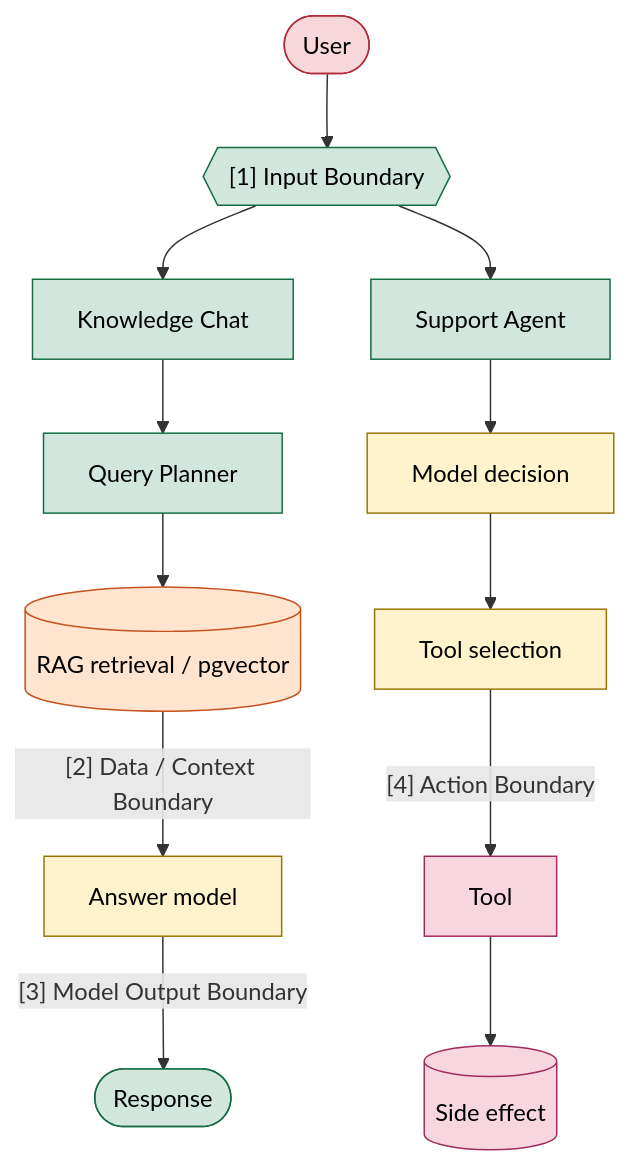
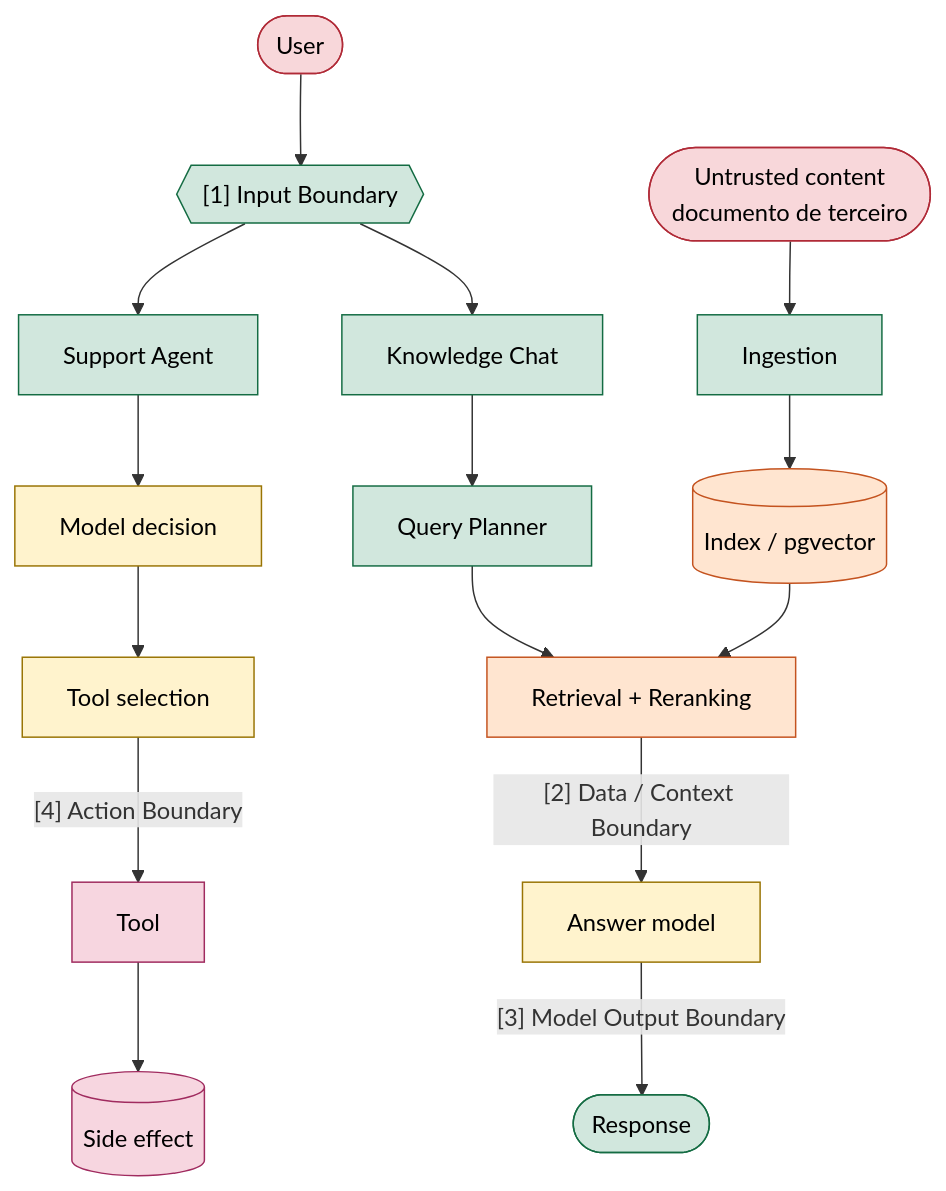
The first of 3 diagrams in docs/security-threat-model.md (james-freitas/mba-ia-rag-fullcycle), drawn with Mermaid before and after one commit. The commit also changed other lines of this file and 14 other files, not shown here.

````diff
--- a/docs/security-threat-model.md
+++ b/docs/security-threat-model.md
@@ -36,34 +38,39 @@
 ```mermaid
 flowchart TB
     User([User]):::untrusted
     Input{{"[1] Input Boundary"}}:::trusted
 
     KC[Knowledge Chat]:::trusted
     Planner[Query Planner]:::trusted
-    RAG[(RAG retrieval / pgvector)]:::retrieved
     LLM[Answer model]:::model
     Response([Response]):::trusted
 
     Agent[Support Agent]:::trusted
     Decision[Model decision]:::model
     Sel[Tool selection]:::model
     Tool[Tool]:::action
     Effect[(Side effect)]:::action
 
+    Source([Untrusted content<br/>documento de terceiro]):::untrusted
+    Ingest[Ingestion]:::trusted
+    Index[(Index / pgvector)]:::retrieved
+    Retrieval[Retrieval + Reranking]:::retrieved
+
     User --> Input
     Input --> KC
     Input --> Agent
 
-    KC --> Planner --> RAG
-    RAG -->|"[2] Data / Context Boundary"| LLM
+    KC --> Planner --> Retrieval
+    Source --> Ingest --> Index --> Retrieval
+    Retrieval -->|"[2] Data / Context Boundary"| LLM
     LLM -->|"[3] Model Output Boundary"| Response
 
     Agent --> Decision --> Sel
     Sel -->|"[4] Action Boundary"| Tool --> Effect
 
     classDef untrusted fill:#f8d7da,stroke:#b02a37,color:#000;
     classDef trusted fill:#d1e7dd,stroke:#146c43,color:#000;
     classDef retrieved fill:#ffe5d0,stroke:#c4531f,color:#000;
     classDef model fill:#fff3cd,stroke:#997404,color:#000;
     classDef action fill:#f7d6e0,stroke:#a02b5f,color:#000;
 ```
````
